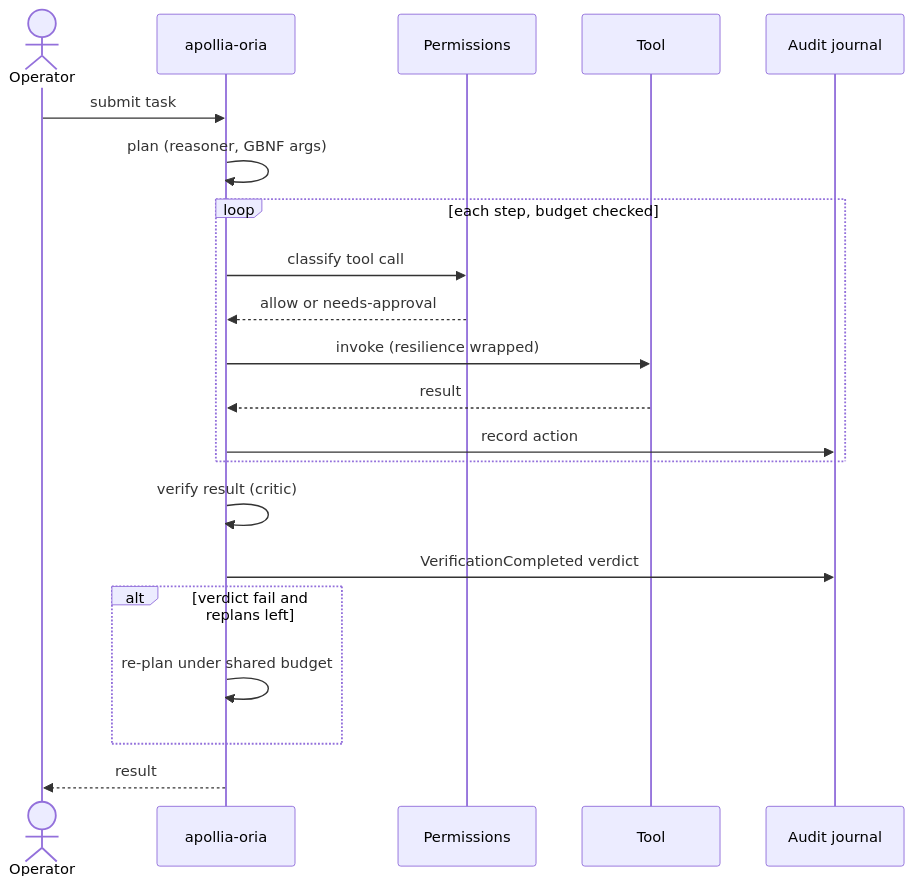
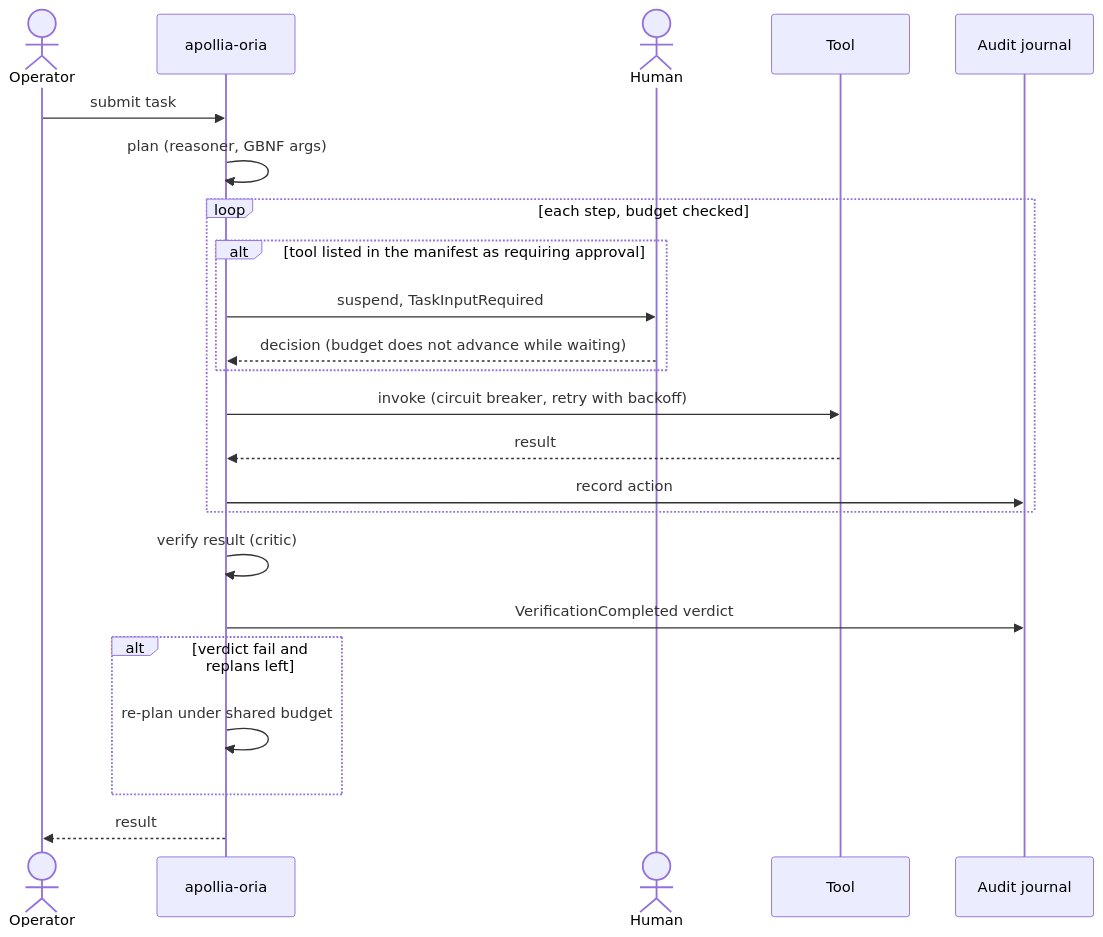
The first of 9 diagrams in docs/site/docs/architecture/06-runtime-view.md (nidal-z/apollia-os), drawn with Mermaid before and after one commit. The commit also changed other lines of this file and 4 other files, not shown here.

First line of the commit message:
docs(architecture): port the four state machines and the real governance path

````diff
--- a/docs/site/docs/architecture/06-runtime-view.md
+++ b/docs/site/docs/architecture/06-runtime-view.md
@@ -19,23 +19,25 @@
 ```mermaid
 sequenceDiagram
     actor Op as Operator
     participant ORIA as apollia-oria
-    participant Perm as Permissions
+    actor Human
     participant Tool as Tool
     participant Audit as Audit journal
     Op->>ORIA: submit task
     ORIA->>ORIA: plan (reasoner, GBNF args)
     loop each step, budget checked
-        ORIA->>Perm: classify tool call
-        Perm-->>ORIA: allow or needs-approval
-        ORIA->>Tool: invoke (resilience wrapped)
+        alt tool listed in the manifest as requiring approval
+            ORIA->>Human: suspend, TaskInputRequired
+            Human-->>ORIA: decision (budget does not advance while waiting)
+        end
+        ORIA->>Tool: invoke (circuit breaker, retry with backoff)
         Tool-->>ORIA: result
         ORIA->>Audit: record action
     end
     ORIA->>ORIA: verify result (critic)
     ORIA->>Audit: VerificationCompleted verdict
     alt verdict fail and replans left
         ORIA->>ORIA: re-plan under shared budget
     end
     ORIA-->>Op: result
 ```
````
